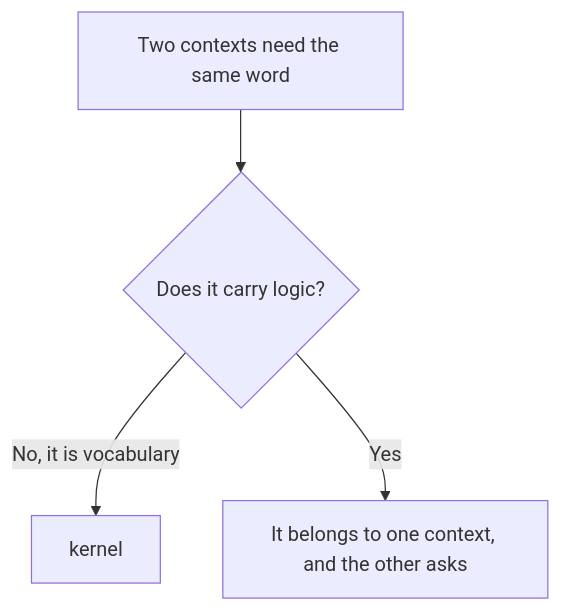
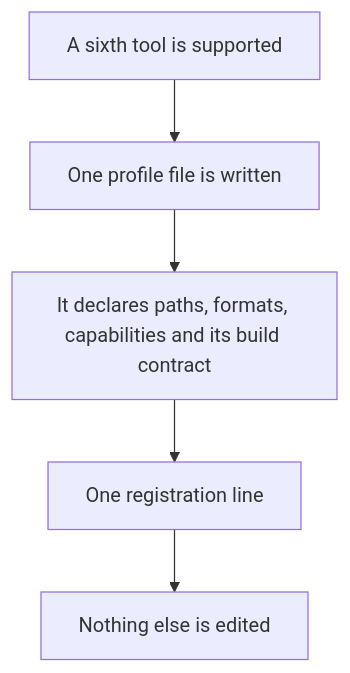
The first of 2 diagrams in cli/aidd_docs/tasks/2026_08/2026_08_20_refactor-contextes-cli/phase-9.md (ai-driven-dev/aidd-framework), drawn with Mermaid before and after one commit. The commit also changed other lines of this file and 17 other files, not shown here.

````diff
--- a/cli/aidd_docs/tasks/2026_08/2026_08_20_refactor-contextes-cli/phase-9.md
+++ b/cli/aidd_docs/tasks/2026_08/2026_08_20_refactor-contextes-cli/phase-9.md
@@ -31,6 +40,7 @@
 ```mermaid
 flowchart TD
-  A[Two contexts need the same word] --> B{Does it carry logic?}
-  B -->|No, it is vocabulary| C[kernel]
-  B -->|Yes| D[It belongs to one context, and the other asks]
+  A[A sixth tool is supported] --> B[One profile file is written]
+  B --> C[It declares paths, formats, capabilities and its build contract]
+  C --> D[One registration line]
+  D --> E[Nothing else is edited]
 ```
````
